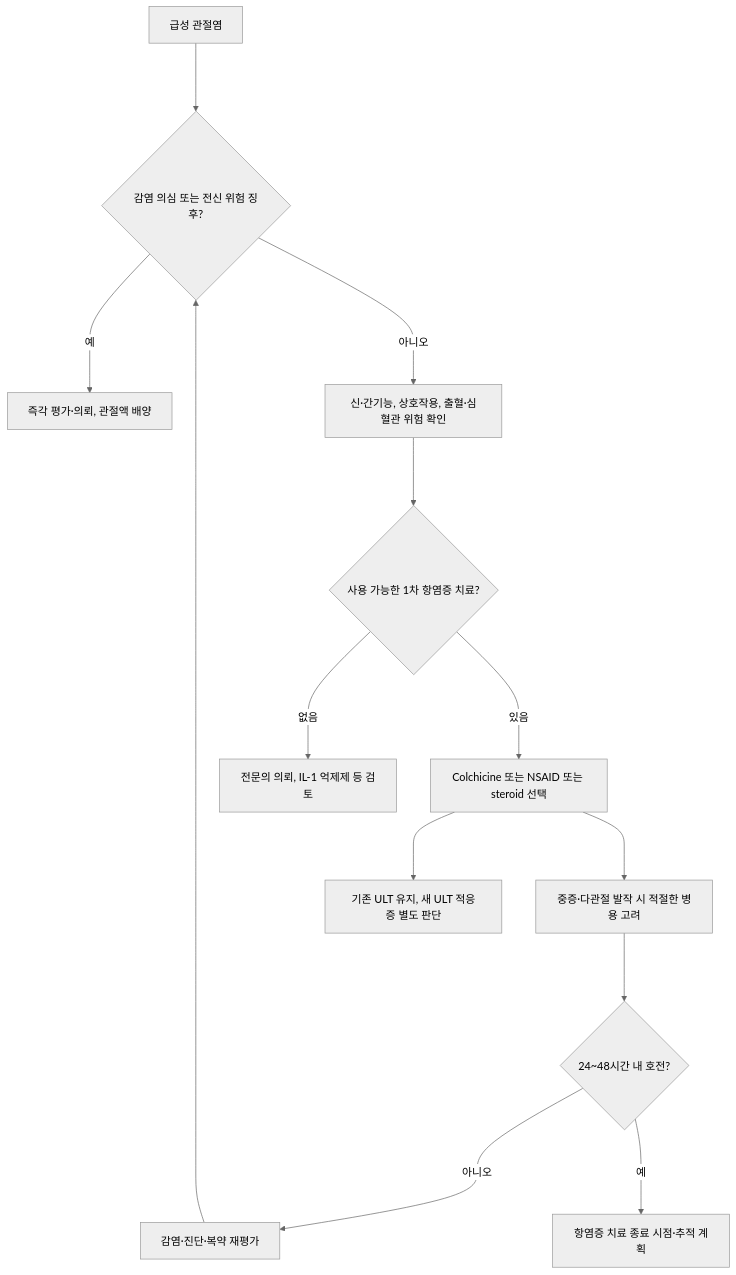
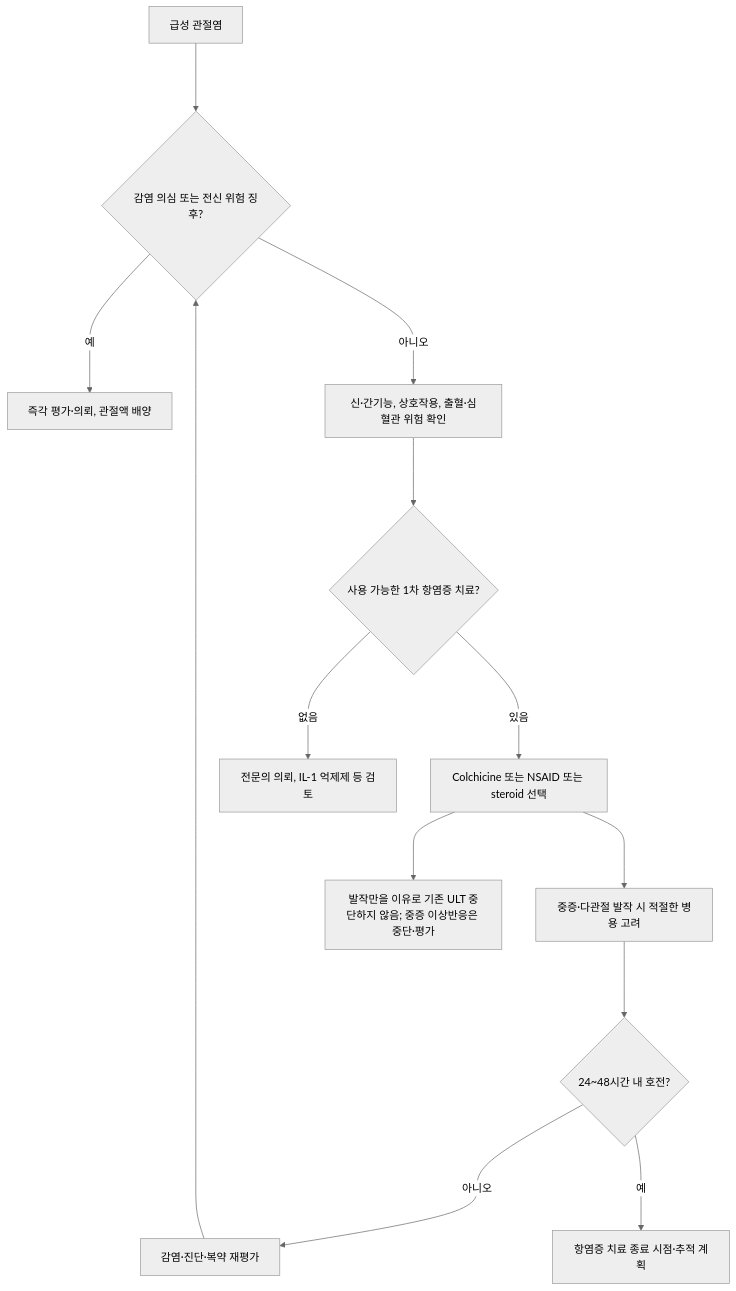
Before and after one commit to familyoh77/familyoh77: the first of 2 diagrams in 228_/152_-gout.md, drawn with Mermaid (neutral theme). The commit also changed other lines of this file and 20 other files, not shown here.

````diff
--- a/228_/152_-gout.md
+++ b/228_/152_-gout.md
@@ -121,15 +130,15 @@
 ```mermaid
 graph TD
     A["급성 관절염"] ---> B{"감염 의심 또는 전신 위험 징후?"}
     B --->|예| C["즉각 평가·의뢰, 관절액 배양"]
     B --->|아니오| D["신·간기능, 상호작용, 출혈·심혈관 위험 확인"]
     D ---> E{"사용 가능한 1차 항염증 치료?"}
     E --->|있음| F["Colchicine 또는 NSAID 또는 steroid 선택"]
     E --->|없음| G["전문의 의뢰, IL-1 억제제 등 검토"]
     F ---> H["중증·다관절 발작 시 적절한 병용 고려"]
     H ---> I{"24~48시간 내 호전?"}
     I --->|아니오| J["감염·진단·복약 재평가"]
     J ---> B
     I --->|예| K["항염증 치료 종료 시점·추적 계획"]
-    F ---> L["기존 ULT 유지, 새 ULT 적응증 별도 판단"]
+    F ---> L["발작만을 이유로 기존 ULT 중단하지 않음; 중증 이상반응은 중단·평가"]
 ```
````
